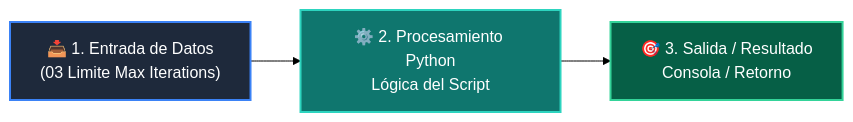
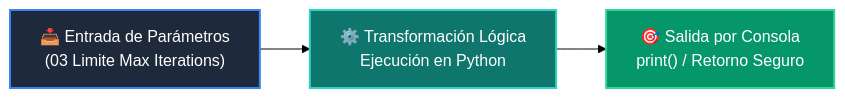
The diagram in 03-agentes-ia/clase-07-agentes-autonomos-react/ejemplos/ejemplo_03_limite_max_iterations/README.md (wisrovi/wisrovi-python), drawn with Mermaid (forest theme) before and after one commit. The commit also changed other lines of this file and 226 other files, not shown here.

Commit message:
docs: elevate all repository READMEs to world-class mastery standard with rich pedagogical architecture, custom Mermaids, and professional styling

````diff
--- a/03-agentes-ia/clase-07-agentes-autonomos-react/ejemplos/ejemplo_03_limite_max_iterations/README.md
+++ b/03-agentes-ia/clase-07-agentes-autonomos-react/ejemplos/ejemplo_03_limite_max_iterations/README.md
@@ -12,9 +19,9 @@
 ```mermaid
 flowchart LR
-    A["📥 1. Entrada de Datos<br/>(03 Limite Max Iterations)"] --> B["⚙️ 2. Procesamiento Python<br/>Lógica del Script"]
-    B --> C["🎯 3. Salida / Resultado<br/>Consola / Retorno"]
+    A["📥 Entrada de Parámetros<br/>(03 Limite Max Iterations)"] --> B["⚙️ Transformación Lógica<br/>Ejecución en Python"]
+    B --> C["🎯 Salida por Consola<br/>print() / Retorno Seguro"]
 
-    style A fill:#1e293b,color:#fff,stroke:#3b82f6,stroke-width:2px
-    style B fill:#0f766e,color:#fff,stroke:#2dd4bf,stroke-width:2px
-    style C fill:#065f46,color:#fff,stroke:#34d399,stroke-width:2px
+    style A fill:#1e293b,color:#ffffff,stroke:#3b82f6,stroke-width:2px
+    style B fill:#0f766e,color:#ffffff,stroke:#2dd4bf,stroke-width:2px
+    style C fill:#059669,color:#ffffff,stroke:#34d399,stroke-width:2px
 ```
````
